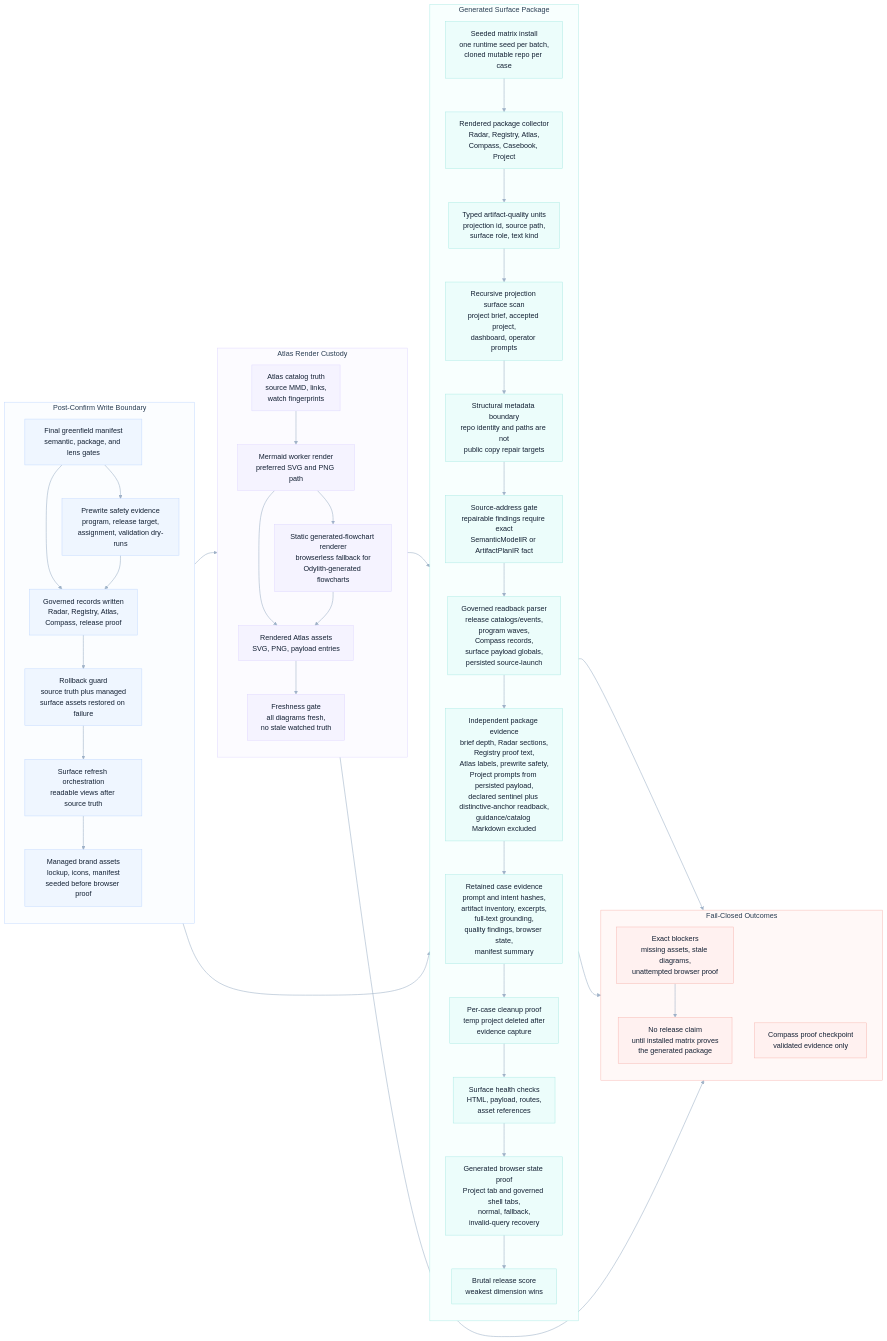
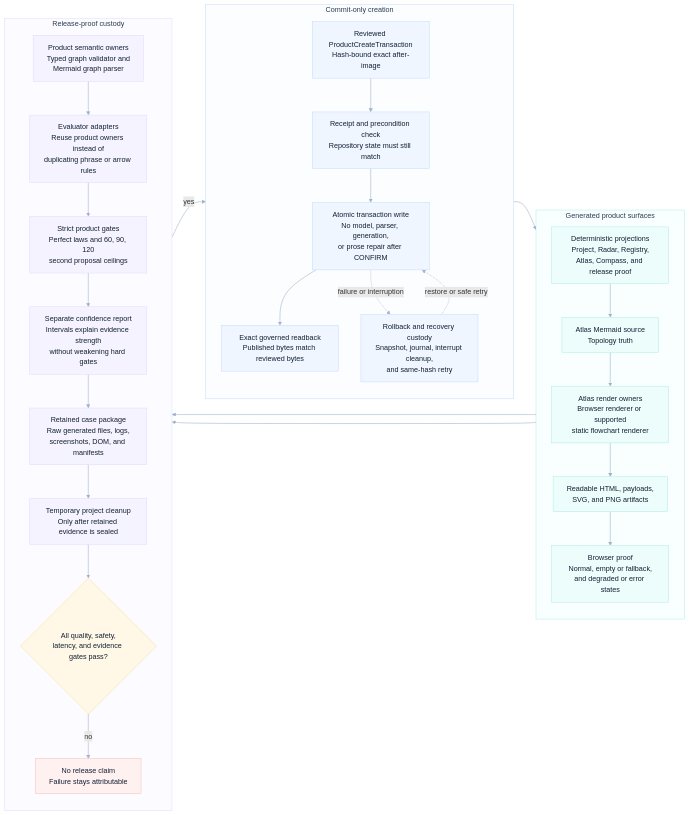
One commit to odylith/odylith changed the diagram in odylith/atlas/source/greenfield-rendered-surface-and-static-atlas-custody.mmd. Above: the diagram before and after it, drawn with Mermaid. The commit also changed 230 other files, not shown here.

Commit message:
refactor Greenfield around direct evidence graph

```diff
--- a/odylith/atlas/source/greenfield-rendered-surface-and-static-atlas-custody.mmd
+++ b/odylith/atlas/source/greenfield-rendered-surface-and-static-atlas-custody.mmd
@@ -1,89 +1,56 @@
 flowchart LR
-    subgraph write_lane["Post-Confirm Write Boundary"]
+    subgraph transaction_lane["Commit-only creation"]
       direction TB
-      final_manifest["Final greenfield manifest<br/>semantic, package, and lens gates"]
-      prewrite_safety["Prewrite safety evidence<br/>program, release target,<br/>assignment, validation dry-runs"]
-      governed_write["Governed records written<br/>Radar, Registry, Atlas,<br/>Compass, release proof"]
-      rollback_guard["Rollback guard<br/>source truth plus managed<br/>surface assets restored on failure"]
-      dashboard_refresh["Surface refresh orchestration<br/>readable views after source truth"]
-      brand_assets["Managed brand assets<br/>lockup, icons, manifest<br/>seeded before browser proof"]
+      reviewed["Reviewed ProductCreateTransaction<br/>Hash-bound exact after-image"]
+      preconditions["Receipt and precondition check<br/>Repository state must still match"]
+      write["Atomic transaction write<br/>No model, parser, generation,<br/>or prose repair after CONFIRM"]
+      recovery["Rollback and recovery custody<br/>Snapshot, journal, interrupt cleanup,<br/>and same-hash retry"]
+      readback["Exact governed readback<br/>Published bytes match reviewed bytes"]
     end
 
-    subgraph atlas_lane["Atlas Render Custody"]
+    subgraph surface_lane["Generated product surfaces"]
       direction TB
-      catalog_truth["Atlas catalog truth<br/>source MMD, links,<br/>watch fingerprints"]
-      mermaid_worker["Mermaid worker render<br/>preferred SVG and PNG path"]
-      static_renderer["Static generated-flowchart renderer<br/>browserless fallback for<br/>Odylith-generated flowcharts"]
-      rendered_assets["Rendered Atlas assets<br/>SVG, PNG, payload entries"]
-      freshness_gate["Freshness gate<br/>all diagrams fresh,<br/>no stale watched truth"]
+      projections["Deterministic projections<br/>Project, Radar, Registry,<br/>Atlas, Compass, and release proof"]
+      atlas_source["Atlas Mermaid source<br/>Topology truth"]
+      atlas_render["Atlas render owners<br/>Browser renderer or supported<br/>static flowchart renderer"]
+      surfaces["Readable HTML, payloads,<br/>SVG, and PNG artifacts"]
+      browser["Browser proof<br/>Normal, empty or fallback,<br/>and degraded or error states"]
     end
 
-    subgraph surface_lane["Generated Surface Package"]
+    subgraph evidence_lane["Release-proof custody"]
       direction TB
-      matrix_seed["Seeded matrix install<br/>one runtime seed per batch,<br/>cloned mutable repo per case"]
-      rendered_package["Rendered package collector<br/>Radar, Registry, Atlas,<br/>Compass, Casebook, Project"]
-      typed_units["Typed artifact-quality units<br/>projection id, source path,<br/>surface role, text kind"]
-      projection_surface_scan["Recursive projection surface scan<br/>project brief, accepted project,<br/>dashboard, operator prompts"]
-      structural_metadata["Structural metadata boundary<br/>repo identity and paths are not<br/>public copy repair targets"]
-      source_address_gate["Source-address gate<br/>repairable findings require exact<br/>SemanticModelIR or ArtifactPlanIR fact"]
-      governed_readback["Governed readback parser<br/>release catalogs/events,<br/>program waves,<br/>Compass records,<br/>surface payload globals,<br/>persisted source-launch"]
-      evidence_readback["Independent package evidence<br/>brief depth, Radar sections,<br/>Registry proof text,<br/>Atlas labels, prewrite safety,<br/>Project prompts from persisted payload,<br/>declared sentinel plus distinctive-anchor readback,<br/>guidance/catalog Markdown excluded"]
-      retained_evidence["Retained case evidence<br/>prompt and intent hashes,<br/>artifact inventory, excerpts,<br/>full-text grounding,<br/>quality findings, browser state,<br/>manifest summary"]
-      cleanup_proof["Per-case cleanup proof<br/>temp project deleted after<br/>evidence capture"]
-      surface_health["Surface health checks<br/>HTML, payload, routes,<br/>asset references"]
-      browser_state["Generated browser state proof<br/>Project tab and governed shell tabs,<br/>normal, fallback,<br/>invalid-query recovery"]
-      hard_score["Brutal release score<br/>weakest dimension wins"]
+      product_parser["Product semantic owners<br/>Typed graph validator and<br/>Mermaid graph parser"]
+      evaluator["Evaluator adapters<br/>Reuse product owners instead of<br/>duplicating phrase or arrow rules"]
+      strict_gate["Strict product gates<br/>Perfect laws and 60, 90, 120<br/>second proposal ceilings"]
+      confidence["Separate confidence report<br/>Intervals explain evidence strength<br/>without weakening hard gates"]
+      retain["Retained case package<br/>Raw generated files, logs,<br/>screenshots, DOM, and manifests"]
+      cleanup["Temporary project cleanup<br/>Only after retained evidence is sealed"]
+      release{"All quality, safety,<br/>latency, and evidence gates pass?"}
+      blocker["No release claim<br/>Failure stays attributable"]
     end
 
-    subgraph blocker_lane["Fail-Closed Outcomes"]
-      direction TB
-      exact_blockers["Exact blockers<br/>missing assets, stale diagrams,<br/>unattempted browser proof"]
-      no_release_claim["No release claim<br/>until installed matrix proves<br/>the generated package"]
-      proof_checkpoint["Compass proof checkpoint<br/>validated evidence only"]
-    end
+    reviewed --> preconditions --> write --> readback
+    write -. "failure or interruption" .-> recovery
+    recovery -. "restore or safe retry" .-> write
+    readback --> projections --> atlas_source --> atlas_render --> surfaces --> browser
+    product_parser --> evaluator
+    projections --> evaluator
+    browser --> evaluator --> strict_gate --> confidence --> retain --> cleanup --> release
+    release -- "no" --> blocker
+    release -- "yes" --> reviewed
 
-    final_manifest --> governed_write
-    final_manifest --> prewrite_safety
-    prewrite_safety --> governed_write
-    governed_write --> rollback_guard
-    rollback_guard --> dashboard_refresh
-    dashboard_refresh --> brand_assets
-    brand_assets --> surface_health
-    dashboard_refresh --> catalog_truth
-    catalog_truth --> mermaid_worker
-    mermaid_worker --> rendered_assets
-    mermaid_worker --> static_renderer
-    static_renderer --> rendered_assets
-    rendered_assets --> freshness_gate
-    freshness_gate --> matrix_seed
-    matrix_seed --> rendered_package
-    rendered_package --> typed_units
-    typed_units --> projection_surface_scan
-    projection_surface_scan --> structural_metadata
-    structural_metadata --> source_address_gate
-    source_address_gate --> governed_readback
-    governed_readback --> evidence_readback
-    evidence_readback --> retained_evidence
-    retained_evidence --> cleanup_proof
-    cleanup_proof --> surface_health
-    surface_health --> browser_state
-    browser_state --> hard_score
-    hard_score --> proof_checkpoint
-    freshness_gate --> exact_blockers
-    surface_health --> exact_blockers
-    exact_blockers --> no_release_claim
+    classDef primary fill:#EFF6FF,stroke:#BFD7FE,color:#132033,stroke-width:1px;
+    classDef execution fill:#ECFDFB,stroke:#A7E9E3,color:#132033,stroke-width:1px;
+    classDef governance fill:#F5F3FF,stroke:#DDD6FE,color:#132033,stroke-width:1px;
+    classDef constraint fill:#FFF8E6,stroke:#F6D98B,color:#132033,stroke-width:1px;
+    classDef invalid fill:#FFF1F0,stroke:#F7B4AE,color:#132033,stroke-width:1px;
+    class reviewed,preconditions,write,recovery,readback primary;
+    class projections,atlas_source,atlas_render,surfaces,browser execution;
+    class product_parser,evaluator,strict_gate,confidence,retain,cleanup governance;
+    class release constraint;
+    class blocker invalid;
 
-    classDef write fill:#EFF6FF,stroke:#BFD7FE,color:#132033,stroke-width:1px;
-    classDef atlas fill:#F5F3FF,stroke:#DDD6FE,color:#132033,stroke-width:1px;
-    classDef surface fill:#ECFDFB,stroke:#A7E9E3,color:#132033,stroke-width:1px;
-    classDef blocker fill:#FFF1F0,stroke:#F7B4AE,color:#132033,stroke-width:1px;
-    class final_manifest,prewrite_safety,governed_write,rollback_guard,dashboard_refresh,brand_assets write;
-    class catalog_truth,mermaid_worker,static_renderer,rendered_assets,freshness_gate atlas;
-    class matrix_seed,rendered_package,typed_units,projection_surface_scan,structural_metadata,source_address_gate,governed_readback,evidence_readback,retained_evidence,cleanup_proof,surface_health,browser_state,hard_score surface;
-    class exact_blockers,no_release_claim,proof_checkpoint blocker;
-
-    style write_lane fill:#FBFDFF,stroke:#BFD7FE,stroke-width:1px,color:#293D52
-    style atlas_lane fill:#FCFBFF,stroke:#DDD6FE,stroke-width:1px,color:#293D52
+    style transaction_lane fill:#FBFDFF,stroke:#BFD7FE,stroke-width:1px,color:#293D52
     style surface_lane fill:#F8FFFE,stroke:#A7E9E3,stroke-width:1px,color:#293D52
-    style blocker_lane fill:#FFF8F7,stroke:#F7B4AE,stroke-width:1px,color:#293D52
+    style evidence_lane fill:#FCFBFF,stroke:#DDD6FE,stroke-width:1px,color:#293D52
     linkStyle default stroke:#9FB2C8,stroke-width:1.25px
```
